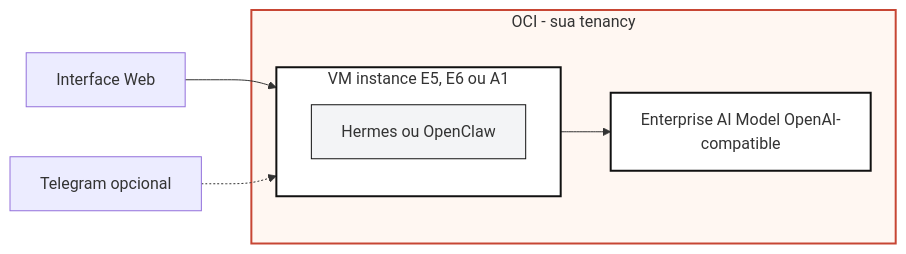
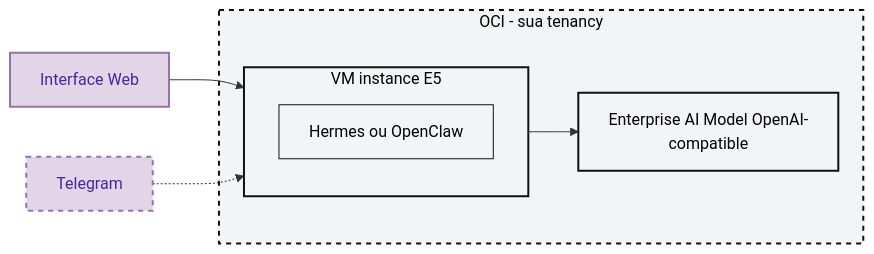
The diagram in Agent Station Experience/README.md (Gusttavosant/oracle), drawn with Mermaid before and after one commit.

Commit message:
Refine flowchart in README.md
Updated flowchart styles and labels in README.

````diff
--- a/Agent Station Experience/README.md
+++ b/Agent Station Experience/README.md
@@ -35,22 +35,27 @@
 ```mermaid
 flowchart LR
     Web["Interface Web"]
-    Telegram["Telegram opcional"]
+    Telegram["Telegram"]
 
     subgraph OCI["OCI - sua tenancy"]
-        subgraph VM["VM instance E5, E6 ou A1"]
+        subgraph VM["VM instance E5"]
             App["Hermes ou OpenClaw"]
         end
         Model["Enterprise AI Model OpenAI-compatible"]
 
         VM --> Model
     end
 
     Web --> VM
     Telegram -.-> VM
 
-    style OCI fill:#fff7f2,stroke:#c74634,stroke-width:2px
-    style VM fill:#ffffff,stroke:#111111,stroke-width:2px
-    style App fill:#f3f4f6,stroke:#111111,stroke-width:1px
-    style Model fill:#ffffff,stroke:#111111,stroke-width:2px
+    class Web,Telegram purpleBox
+    classDef purpleBox fill:#e1d5e7,stroke:#9673a6,stroke-width:2px,color:#4527a0
+
+    style Telegram stroke-dasharray: 5 5,color:#4527a0
+
+    style OCI fill:#f3f4f6,stroke:#111111,stroke-width:2px,stroke-dasharray: 5 5,color:#000000
+    style VM fill:#f3f4f6,stroke:#111111,stroke-width:2px,color:#000000
+    style App fill:#f3f4f6,stroke:#111111,stroke-width:1px,color:#000000
+    style Model fill:#f3f4f6,stroke:#111111,stroke-width:2px,color:#000000
 ```
````
